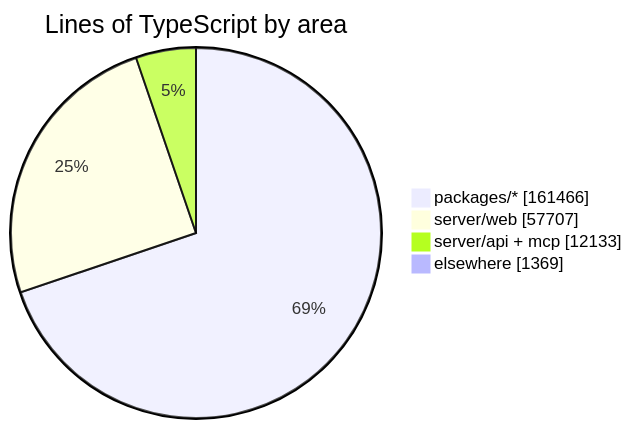
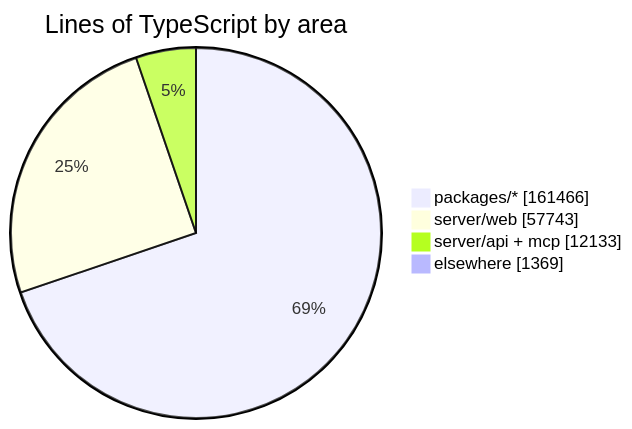
One commit to crossworks-engineering/mantle changed the diagram in README.md. Above: the diagram before and after it, drawn with Mermaid. The commit also changed other lines of this file and 2 other files, not shown here.

````diff
--- a/README.md
+++ b/README.md
@@ -279,7 +279,7 @@
 ```mermaid
 pie showData title Lines of TypeScript by area
     "packages/*" : 161466
-    "server/web" : 57707
+    "server/web" : 57743
     "server/api + mcp" : 12133
     "elsewhere" : 1369
 ```
````
